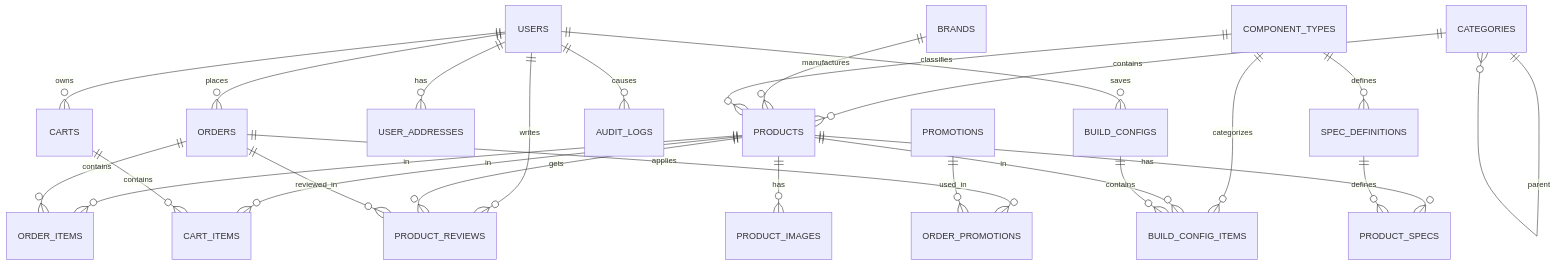
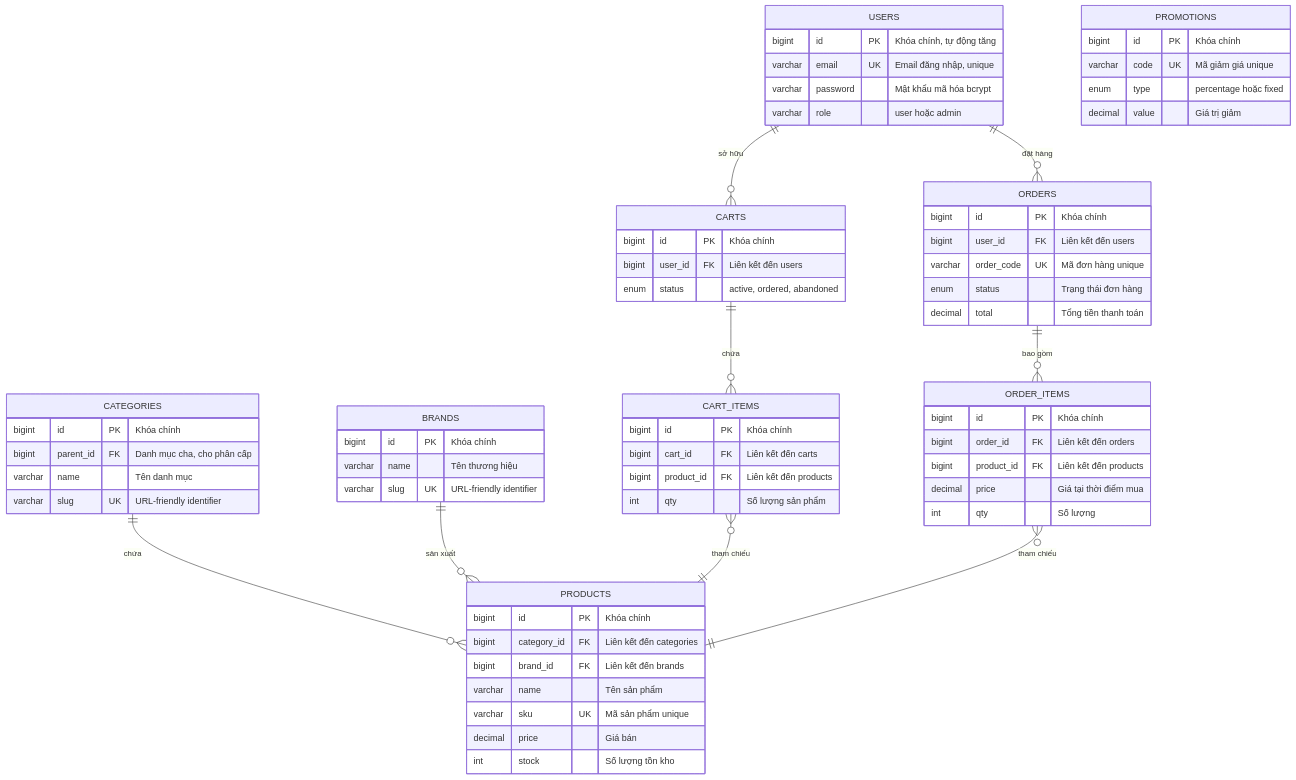
Before and after one commit to duckonthemic/IS207_Final: the diagram in docs/ERD_DIAGRAM.md, drawn with Mermaid. The commit also changed other lines of this file and 111 other files, not shown here.

````diff
--- a/docs/ERD_DIAGRAM.md
+++ b/docs/ERD_DIAGRAM.md
@@ -9,37 +48,80 @@
 ```mermaid
 erDiagram
-    USERS ||--o{ CARTS : "owns"
-    USERS ||--o{ ORDERS : "places"
-    USERS ||--o{ USER_ADDRESSES : "has"
-    USERS ||--o{ PRODUCT_REVIEWS : "writes"
-    USERS ||--o{ BUILD_CONFIGS : "saves"
-    USERS ||--o{ AUDIT_LOGS : "causes"
+    USERS {
+        bigint id PK "Khóa chính, tự động tăng"
+        varchar email UK "Email đăng nhập, unique"
+        varchar password "Mật khẩu mã hóa bcrypt"
+        varchar role "user hoặc admin"
+    }
+    
+    CATEGORIES {
+        bigint id PK "Khóa chính"
+        bigint parent_id FK "Danh mục cha, cho phân cấp"
+        varchar name "Tên danh mục"
+        varchar slug UK "URL-friendly identifier"
+    }
+    
+    BRANDS {
+        bigint id PK "Khóa chính"
+        varchar name "Tên thương hiệu"
+        varchar slug UK "URL-friendly identifier"
+    }
+    
+    PRODUCTS {
+        bigint id PK "Khóa chính"
+        bigint category_id FK "Liên kết đến categories"
+        bigint brand_id FK "Liên kết đến brands"
+        varchar name "Tên sản phẩm"
+        varchar sku UK "Mã sản phẩm unique"
+        decimal price "Giá bán"
+        int stock "Số lượng tồn kho"
+    }
+    
+    CARTS {
+        bigint id PK "Khóa chính"
+        bigint user_id FK "Liên kết đến users"
+        enum status "active, ordered, abandoned"
+    }
+    
+    CART_ITEMS {
+        bigint id PK "Khóa chính"
+        bigint cart_id FK "Liên kết đến carts"
+        bigint product_id FK "Liên kết đến products"
+        int qty "Số lượng sản phẩm"
+    }
+    
+    ORDERS {
+        bigint id PK "Khóa chính"
+        bigint user_id FK "Liên kết đến users"
+        varchar order_code UK "Mã đơn hàng unique"
+        enum status "Trạng thái đơn hàng"
+        decimal total "Tổng tiền thanh toán"
+    }
+    
+    ORDER_ITEMS {
+        bigint id PK "Khóa chính"
+        bigint order_id FK "Liên kết đến orders"
+        bigint product_id FK "Liên kết đến products"
+        decimal price "Giá tại thời điểm mua"
+        int qty "Số lượng"
+    }
+    
+    PROMOTIONS {
+        bigint id PK "Khóa chính"
+        varchar code UK "Mã giảm giá unique"
+        enum type "percentage hoặc fixed"
+        decimal value "Giá trị giảm"
+    }
 
-    CATEGORIES ||--o{ PRODUCTS : "contains"
-    CATEGORIES ||--o{ CATEGORIES : "parent"
-
-    BRANDS ||--o{ PRODUCTS : "manufactures"
-
-    COMPONENT_TYPES ||--o{ PRODUCTS : "classifies"
-    COMPONENT_TYPES ||--o{ SPEC_DEFINITIONS : "defines"
-    COMPONENT_TYPES ||--o{ BUILD_CONFIG_ITEMS : "categorizes"
-
-    PRODUCTS ||--o{ PRODUCT_IMAGES : "has"
-    PRODUCTS ||--o{ PRODUCT_SPECS : "has"
-    PRODUCTS ||--o{ ORDER_ITEMS : "in"
-    PRODUCTS ||--o{ CART_ITEMS : "in"
-    PRODUCTS ||--o{ PRODUCT_REVIEWS : "gets"
-    PRODUCTS ||--o{ BUILD_CONFIG_ITEMS : "in"
-
-    SPEC_DEFINITIONS ||--o{ PRODUCT_SPECS : "defines"
-
-    CARTS ||--o{ CART_ITEMS : "contains"
-
-    ORDERS ||--o{ ORDER_ITEMS : "contains"
-    ORDERS ||--o{ ORDER_PROMOTIONS : "applies"
-    ORDERS ||--o{ PRODUCT_REVIEWS : "reviewed_in"
-
-    PROMOTIONS ||--o{ ORDER_PROMOTIONS : "used_in"
-
-    BUILD_CONFIGS ||--o{ BUILD_CONFIG_ITEMS : "contains"
+    USERS ||--o{ CARTS : "sở hữu"
+    USERS ||--o{ ORDERS : "đặt hàng"
+    
+    CATEGORIES ||--o{ PRODUCTS : "chứa"
+    BRANDS ||--o{ PRODUCTS : "sản xuất"
+    
+    CARTS ||--o{ CART_ITEMS : "chứa"
+    CART_ITEMS }o--|| PRODUCTS : "tham chiếu"
+    
+    ORDERS ||--o{ ORDER_ITEMS : "bao gồm"
+    ORDER_ITEMS }o--|| PRODUCTS : "tham chiếu"
 ```
````
